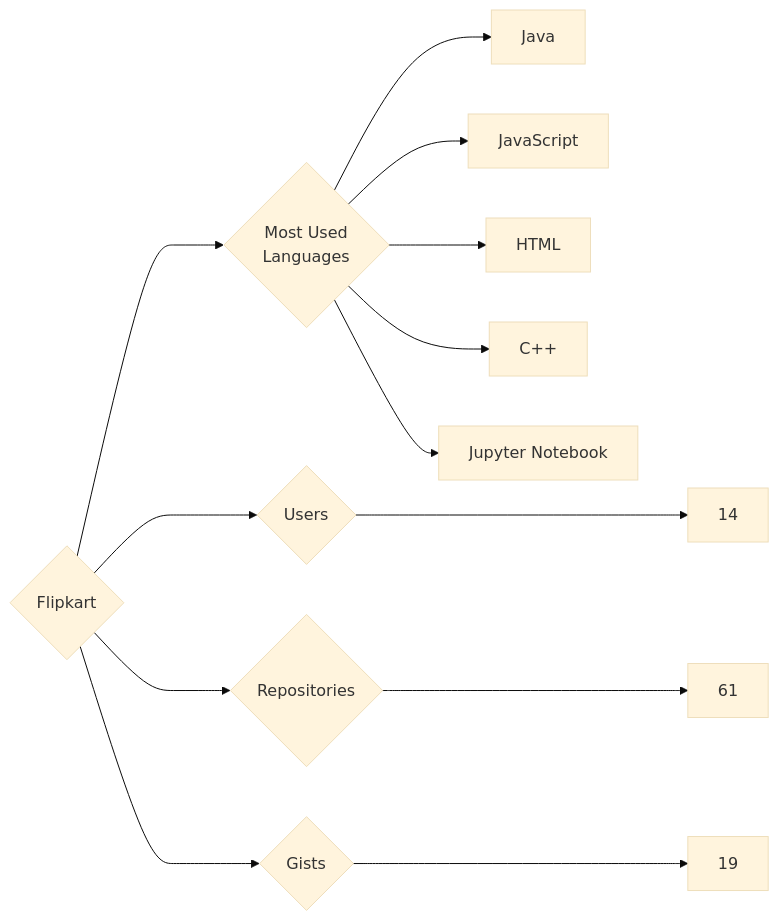
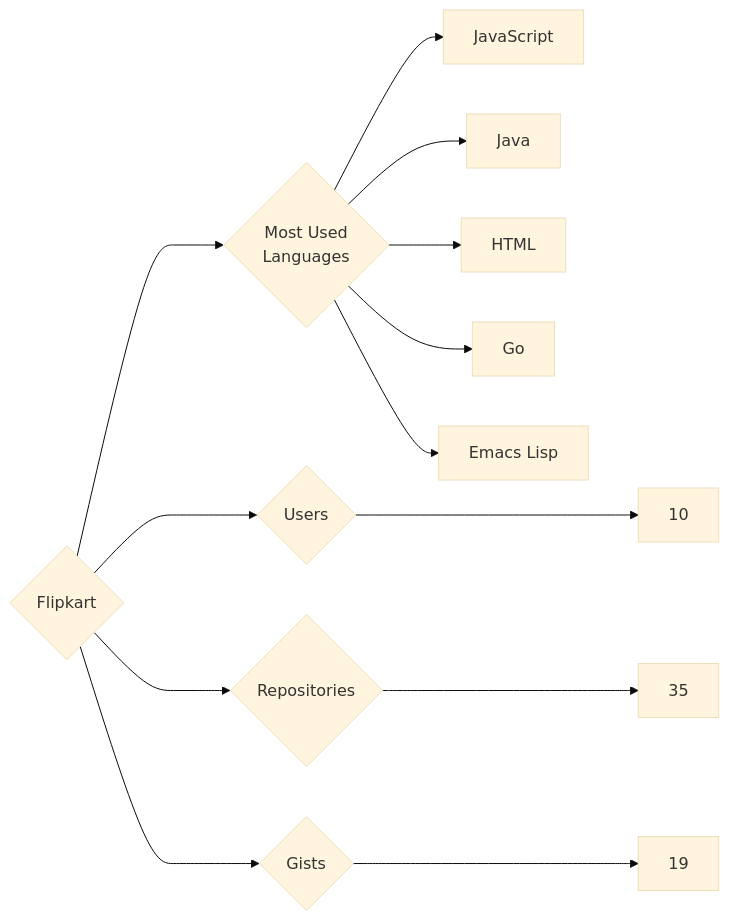
One commit to trickest/insiders changed the diagram in targets/Flipkart/README.md. Above: the diagram before and after it, drawn with Mermaid (base theme). The commit also changed 777 other files, not shown here.

````diff
--- a/targets/Flipkart/README.md
+++ b/targets/Flipkart/README.md
@@ -3,13 +3,13 @@
 ```mermaid
 graph LR
 COMPANY_NAME{Flipkart}
-COMPANY_NAME ---> U{Users} ---> UN[14]
-COMPANY_NAME ---> R{Repositories} ---> RN[61]
+COMPANY_NAME ---> U{Users} ---> UN[10]
+COMPANY_NAME ---> R{Repositories} ---> RN[35]
 COMPANY_NAME ---> G{Gists} ---> GN[19]
 COMPANY_NAME ---> ML{Most Used<br>Languages}
+ML --> JavaScript[JavaScript]
 ML --> Java[Java]
-ML --> JavaScript[JavaScript]
 ML --> HTML[HTML]
-ML --> C++[C++]
-ML --> Jupyter_Notebook[Jupyter Notebook]
+ML --> Go[Go]
+ML --> Emacs_Lisp[Emacs Lisp]
 ```
````
